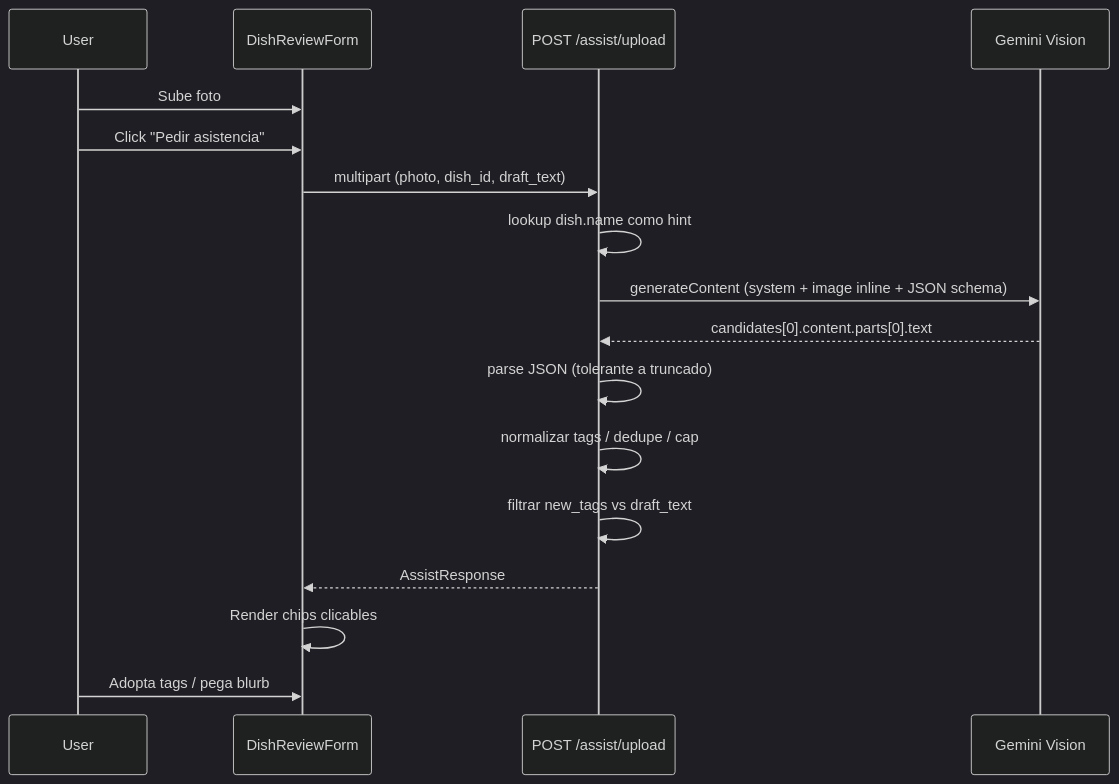
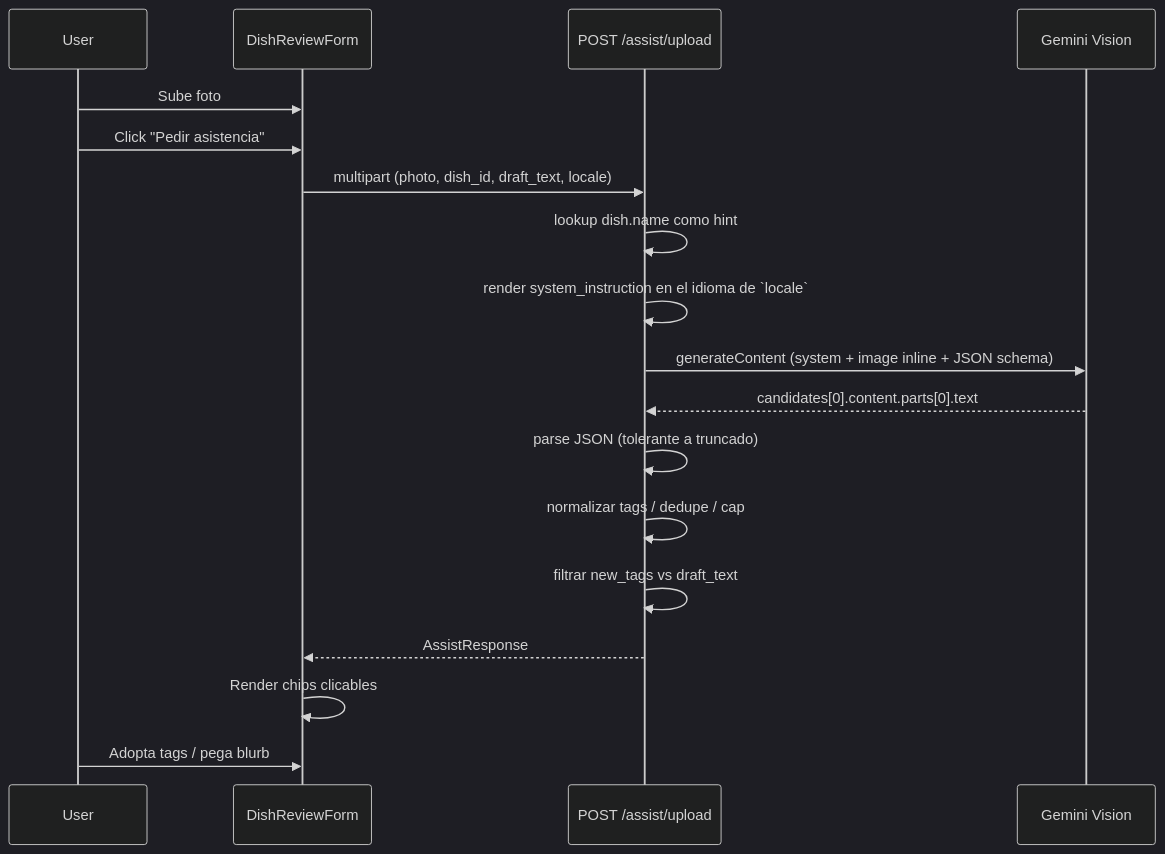
One commit to lagomoura/criticomida_production changed the third of 8 diagrams in docs/ia_services.md. Above: the diagram before and after it, drawn with Mermaid (dark theme). The commit also changed other lines of this file, not shown here.

First line of the commit message:
docs(ia): document Ghostwriter locale-aware output

````diff
--- a/docs/ia_services.md
+++ b/docs/ia_services.md
@@ -760,19 +784,20 @@
 ```mermaid
 sequenceDiagram
     participant User
     participant FE as DishReviewForm
     participant API as POST /assist/upload
     participant Vision as Gemini Vision
     User->>FE: Sube foto
     User->>FE: Click "Pedir asistencia"
-    FE->>API: multipart (photo, dish_id, draft_text)
+    FE->>API: multipart (photo, dish_id, draft_text, locale)
     API->>API: lookup dish.name como hint
+    API->>API: render system_instruction en el idioma de `locale`
     API->>Vision: generateContent (system + image inline + JSON schema)
     Vision-->>API: candidates[0].content.parts[0].text
     API->>API: parse JSON (tolerante a truncado)
     API->>API: normalizar tags / dedupe / cap
     API->>API: filtrar new_tags vs draft_text
     API-->>FE: AssistResponse
     FE->>FE: Render chips clicables
     User->>FE: Adopta tags / pega blurb
 ```
````
